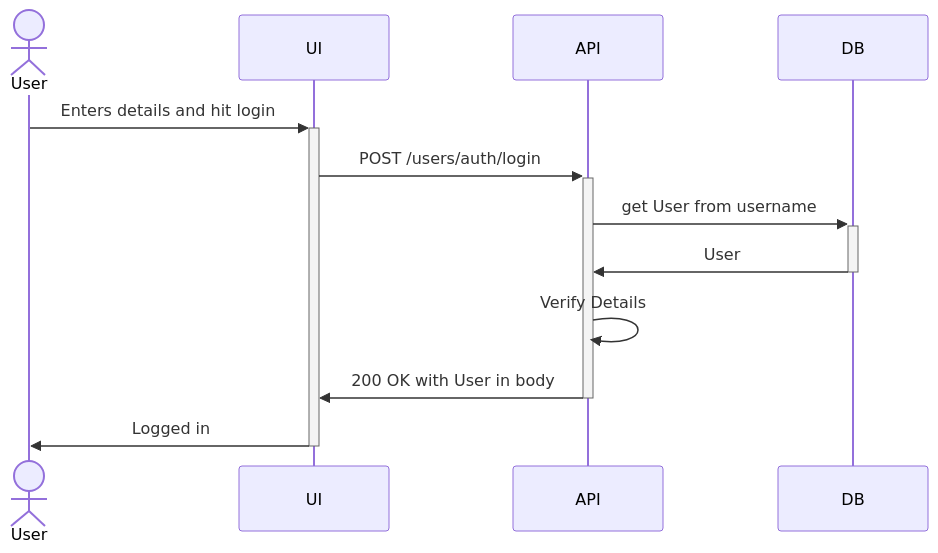
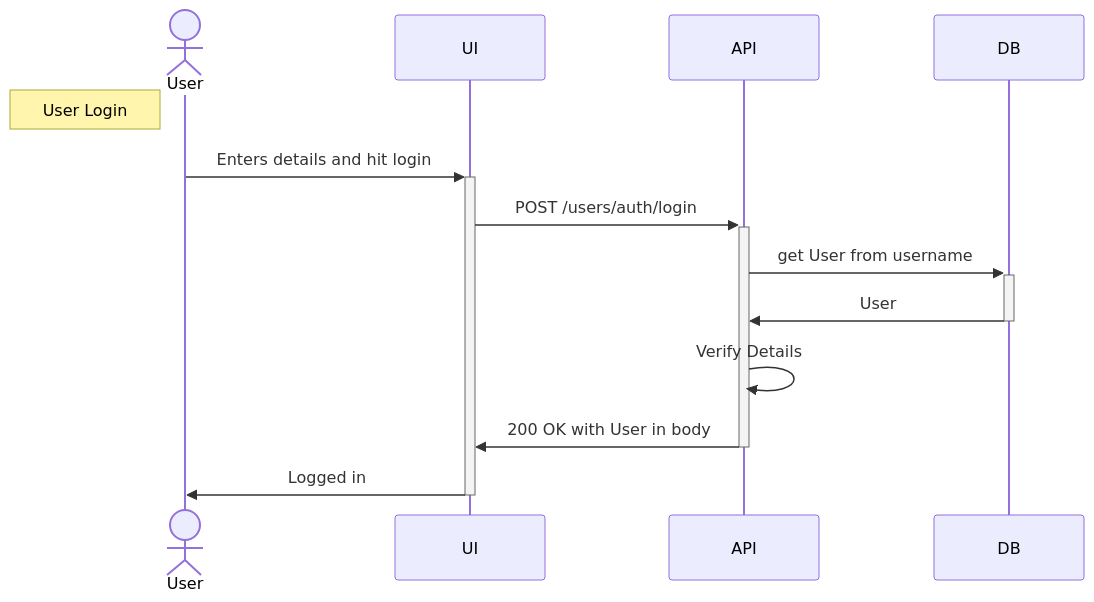
One commit to InternetEnemies/CombatCritters changed the diagram in Documents/SequenceDiagrams/UserProfiles.md. Above: the diagram before and after it, drawn with Mermaid.

Commit message:
added note

````diff
--- a/Documents/SequenceDiagrams/UserProfiles.md
+++ b/Documents/SequenceDiagrams/UserProfiles.md
@@ -1,14 +1,16 @@
 ```mermaid
 sequenceDiagram
 actor User
 participant UI
 participant API 
 participant DB
+
+note left of User: User Login
 User->>+UI: Enters details and hit login
 UI->>+API: POST /users/auth/login
 API->>+DB: get User from username
 DB->>-API: User
 API->>API: Verify Details
 API->>-UI: 200 OK with User in body
 UI->>-User: Logged in
 ```
````
